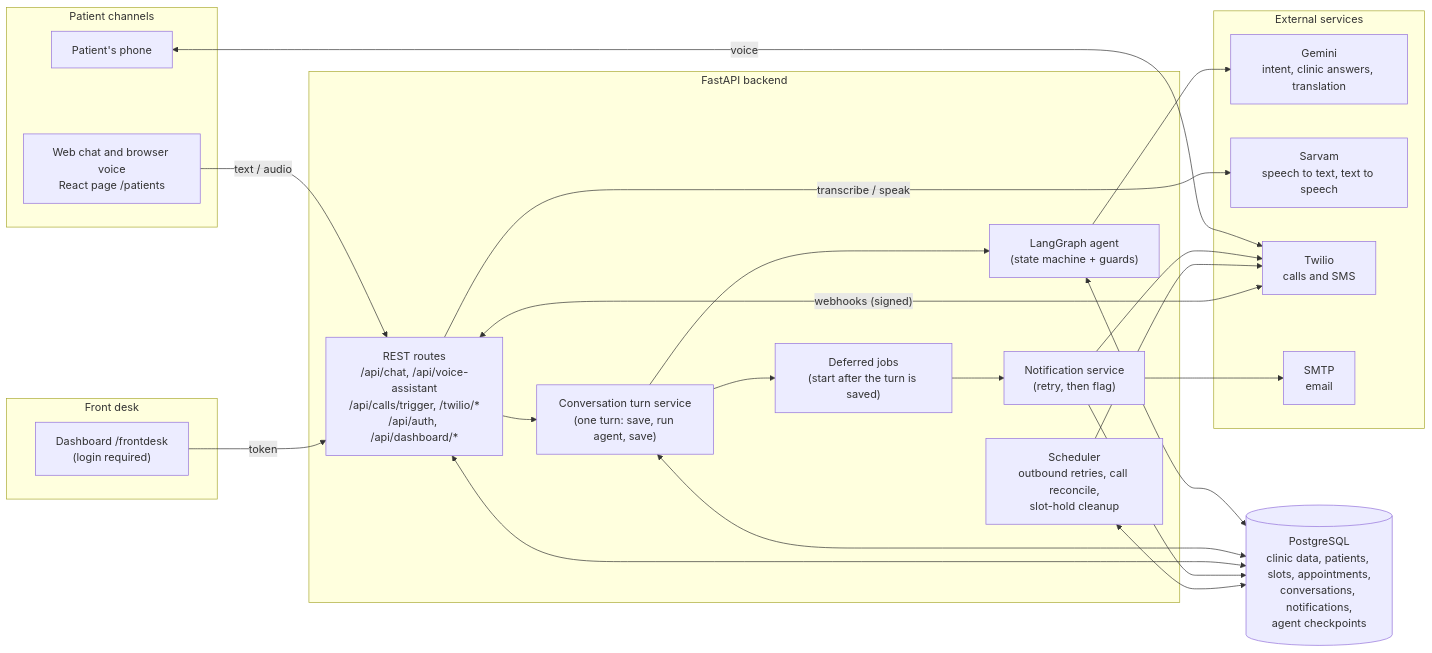
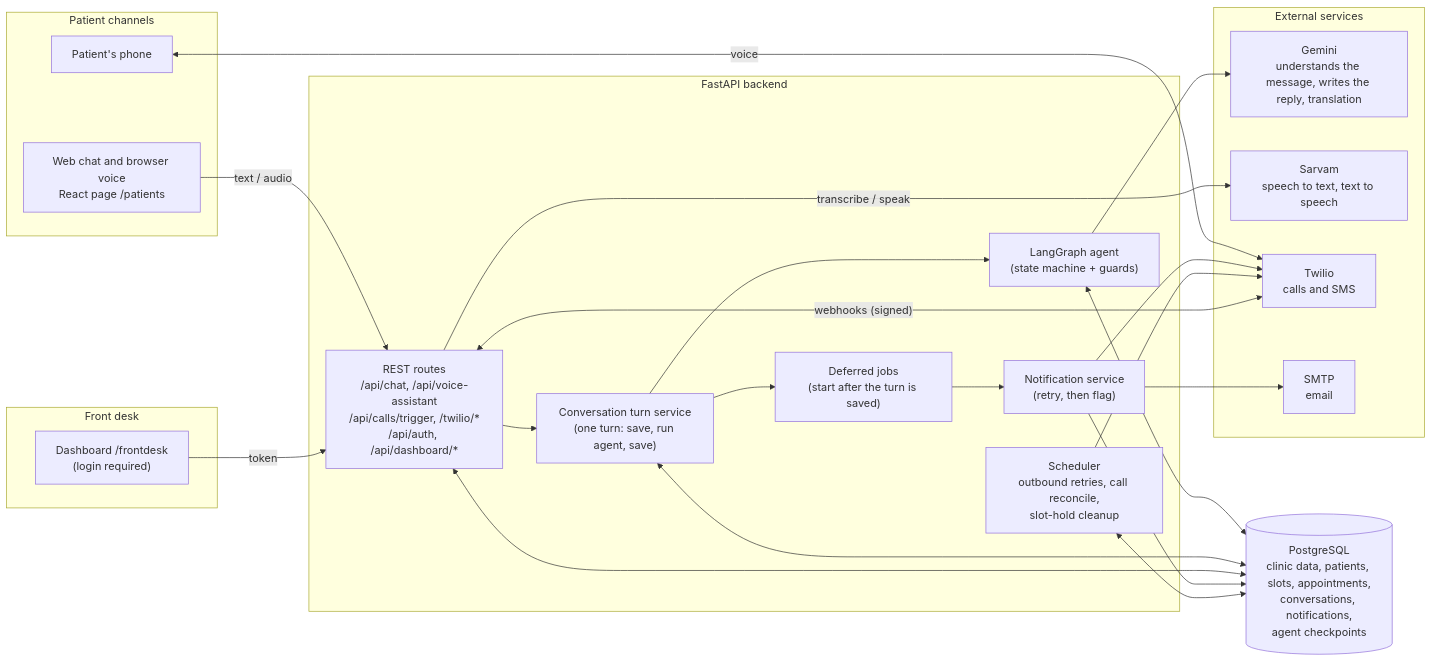
The first of 7 diagrams in docs/ARCHITECTURE.md (Surendra1345/iclinic), drawn with Mermaid before and after one commit. The commit also changed other lines of this file and 76 other files, not shown here.

````diff
--- a/docs/ARCHITECTURE.md
+++ b/docs/ARCHITECTURE.md
@@ -8,46 +8,46 @@
 ```mermaid
 flowchart LR
     subgraph Patient["Patient channels"]
         WEB["Web chat and browser voice<br/>React page /patients"]
         PHONE["Patient's phone"]
     end
 
     subgraph Staff["Front desk"]
         DASH["Dashboard /frontdesk<br/>(login required)"]
     end
 
     subgraph Backend["FastAPI backend"]
         ROUTES["REST routes<br/>/api/chat, /api/voice-assistant<br/>/api/calls/trigger, /twilio/*<br/>/api/auth, /api/dashboard/*"]
         TURN["Conversation turn service<br/>(one turn: save, run agent, save)"]
         AGENT["LangGraph agent<br/>(state machine + guards)"]
         NOTIFY["Notification service<br/>(retry, then flag)"]
         SCHED["Scheduler<br/>outbound retries, call reconcile,<br/>slot-hold cleanup"]
         DEFER["Deferred jobs<br/>(start after the turn is saved)"]
     end
 
     subgraph External["External services"]
-        GEMINI["Gemini<br/>intent, clinic answers, translation"]
+        GEMINI["Gemini<br/>understands the message, writes the reply, translation"]
         SARVAM["Sarvam<br/>speech to text, text to speech"]
         TWILIO["Twilio<br/>calls and SMS"]
         SMTP["SMTP<br/>email"]
     end
 
     DB[("PostgreSQL<br/>clinic data, patients, slots, appointments,<br/>conversations, notifications,<br/>agent checkpoints")]
 
     WEB -->|"text / audio"| ROUTES
     PHONE <-->|"voice"| TWILIO
     TWILIO <-->|"webhooks (signed)"| ROUTES
     DASH -->|"token"| ROUTES
     ROUTES --> TURN --> AGENT
     ROUTES -->|"transcribe / speak"| SARVAM
     AGENT --> GEMINI
     AGENT <--> DB
     TURN <--> DB
     ROUTES <--> DB
     TURN --> DEFER --> NOTIFY
     NOTIFY --> TWILIO
     NOTIFY --> SMTP
     NOTIFY --> DB
     SCHED --> TWILIO
     SCHED <--> DB
 ```
````
